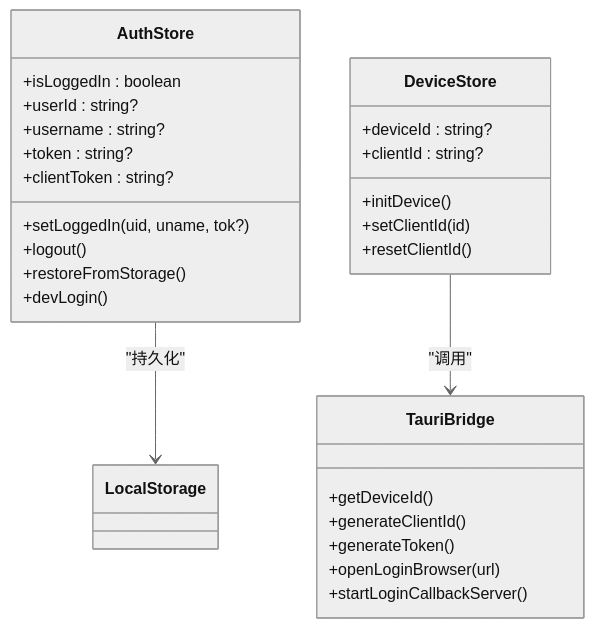
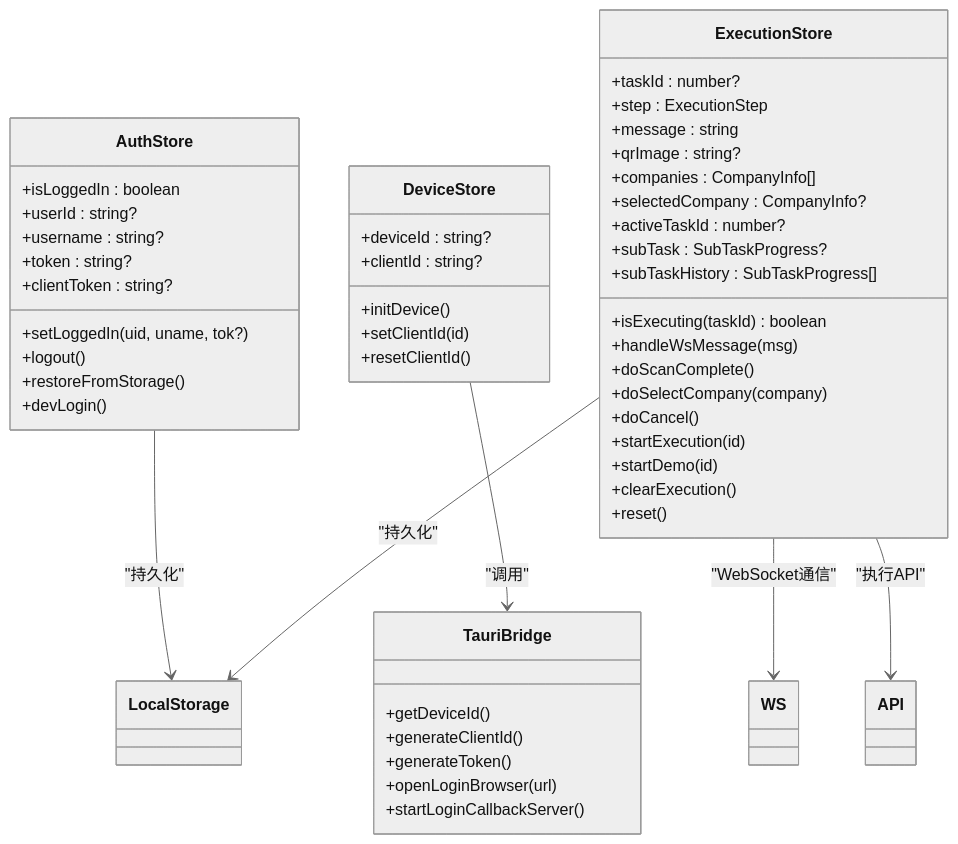
Before and after one commit to onebody/ccclubs_AI_RPA: the sixth of 11 diagrams in .qoder/repowiki/zh/content/前端管理界面/应用架构设计.md, drawn with Mermaid (neutral theme). The commit also changed other lines of this file and 50 other files, not shown here.

````diff
--- a/.qoder/repowiki/zh/content/前端管理界面/应用架构设计.md
+++ b/.qoder/repowiki/zh/content/前端管理界面/应用架构设计.md
@@ -255,30 +288,53 @@
 ```mermaid
 classDiagram
 class AuthStore {
 +isLoggedIn : boolean
 +userId : string?
 +username : string?
 +token : string?
 +clientToken : string?
 +setLoggedIn(uid, uname, tok?)
 +logout()
 +restoreFromStorage()
 +devLogin()
 }
 class DeviceStore {
 +deviceId : string?
 +clientId : string?
 +initDevice()
 +setClientId(id)
 +resetClientId()
 }
+class ExecutionStore {
++taskId : number?
++step : ExecutionStep
++message : string
++qrImage : string?
++companies : CompanyInfo[]
++selectedCompany : CompanyInfo?
++activeTaskId : number?
++subTask : SubTaskProgress?
++subTaskHistory : SubTaskProgress[]
++isExecuting(taskId) boolean
++handleWsMessage(msg)
++doScanComplete()
++doSelectCompany(company)
++doCancel()
++startExecution(id)
++startDemo(id)
++clearExecution()
++reset()
+}
 class TauriBridge {
 +getDeviceId()
 +generateClientId()
 +generateToken()
 +openLoginBrowser(url)
 +startLoginCallbackServer()
 }
 AuthStore --> LocalStorage : "持久化"
 DeviceStore --> TauriBridge : "调用"
+ExecutionStore --> LocalStorage : "持久化"
+ExecutionStore --> WS : "WebSocket通信"
+ExecutionStore --> API : "执行API"
 ```
````
